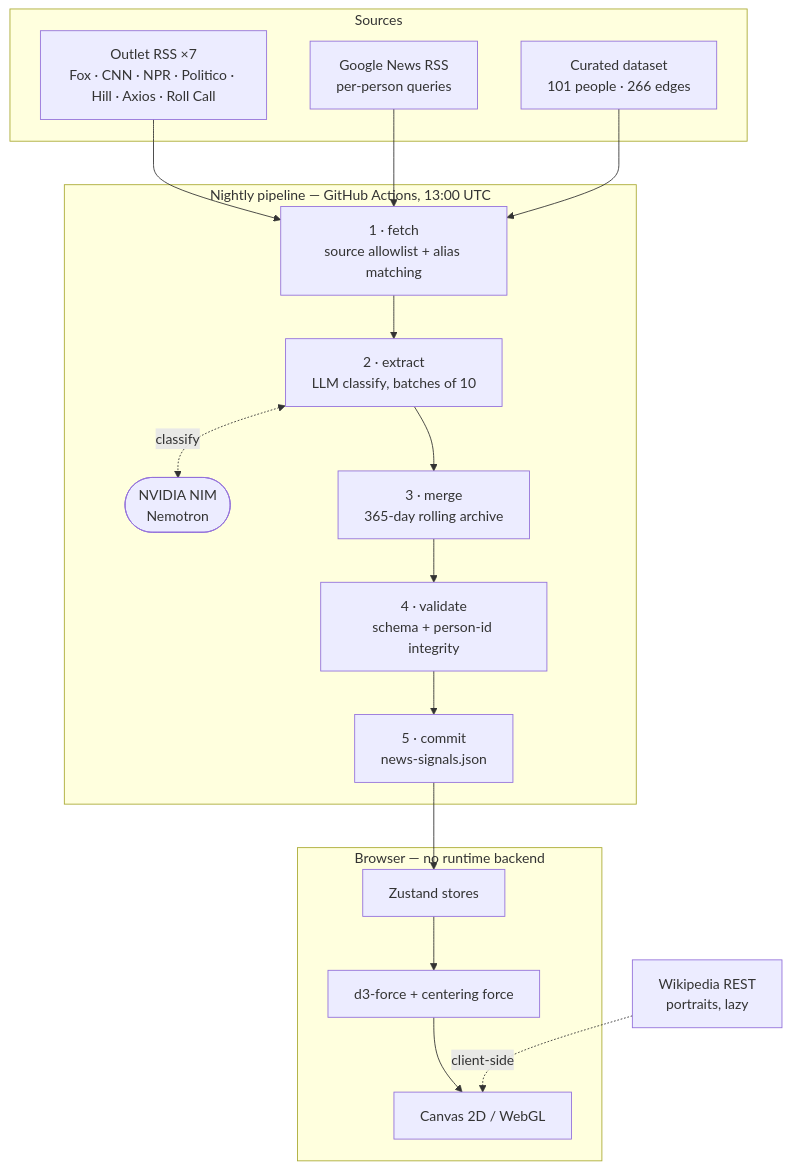
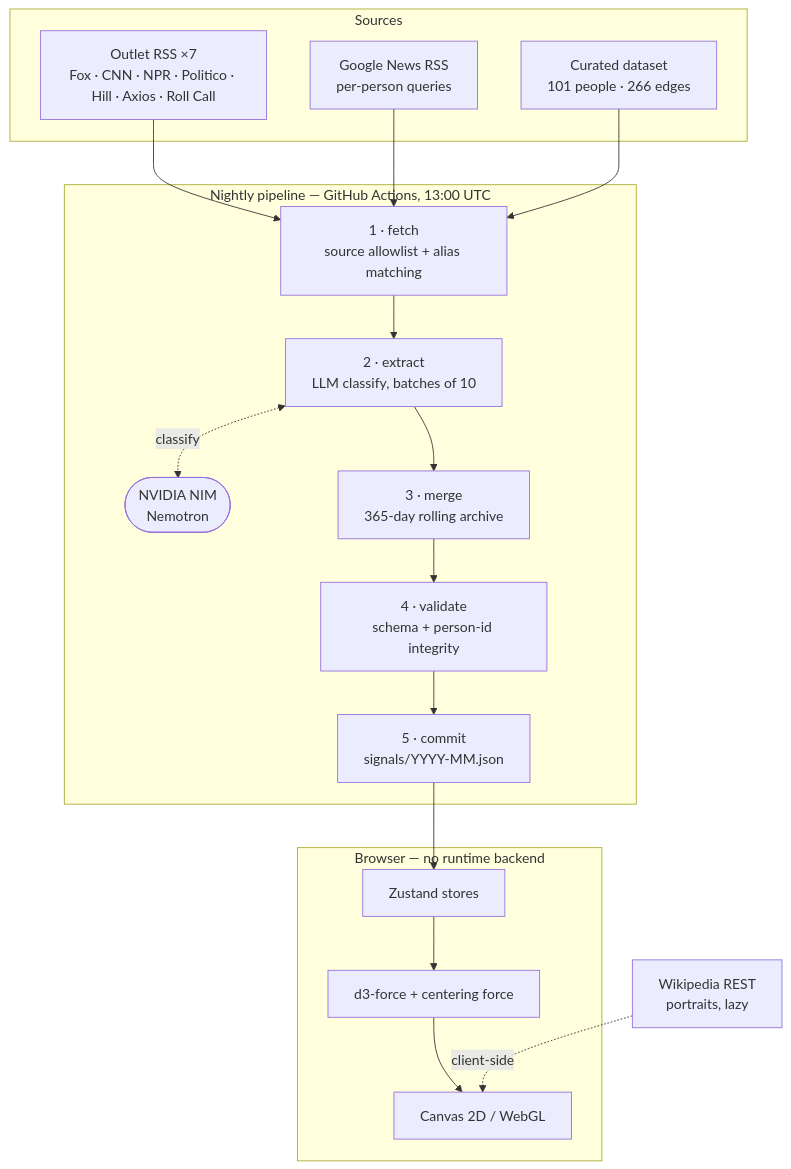
One commit to showjihyun/world-politicians changed the diagram in README.md. Above: the diagram before and after it, drawn with Mermaid. The commit also changed other lines of this file and 39 other files, not shown here.

````diff
--- a/README.md
+++ b/README.md
@@ -42,31 +43,31 @@
 ```mermaid
 flowchart TB
     subgraph S["Sources"]
         A["Outlet RSS ×7<br/>Fox · CNN · NPR · Politico · Hill · Axios · Roll Call"]
         B["Google News RSS<br/>per-person queries"]
         C["Curated dataset<br/>101 people · 266 edges"]
     end
 
     subgraph P["Nightly pipeline — GitHub Actions, 13:00 UTC"]
         D["1 · fetch<br/>source allowlist + alias matching"]
         E["2 · extract<br/>LLM classify, batches of 10"]
         L(["NVIDIA NIM<br/>Nemotron"])
         F["3 · merge<br/>365-day rolling archive"]
         G["4 · validate<br/>schema + person-id integrity"]
-        H["5 · commit<br/>news-signals.json"]
+        H["5 · commit<br/>signals/YYYY-MM.json"]
     end
 
     subgraph B2["Browser — no runtime backend"]
         I["Zustand stores"]
         J["d3-force + centering force"]
         K["Canvas 2D / WebGL"]
     end
 
     A --> D
     B --> D
     C --> D
     D --> E --> F --> G --> H
     E <-. classify .-> L
     H --> I --> J --> K
     W["Wikipedia REST<br/>portraits, lazy"] -. client-side .-> K
 ```
````
